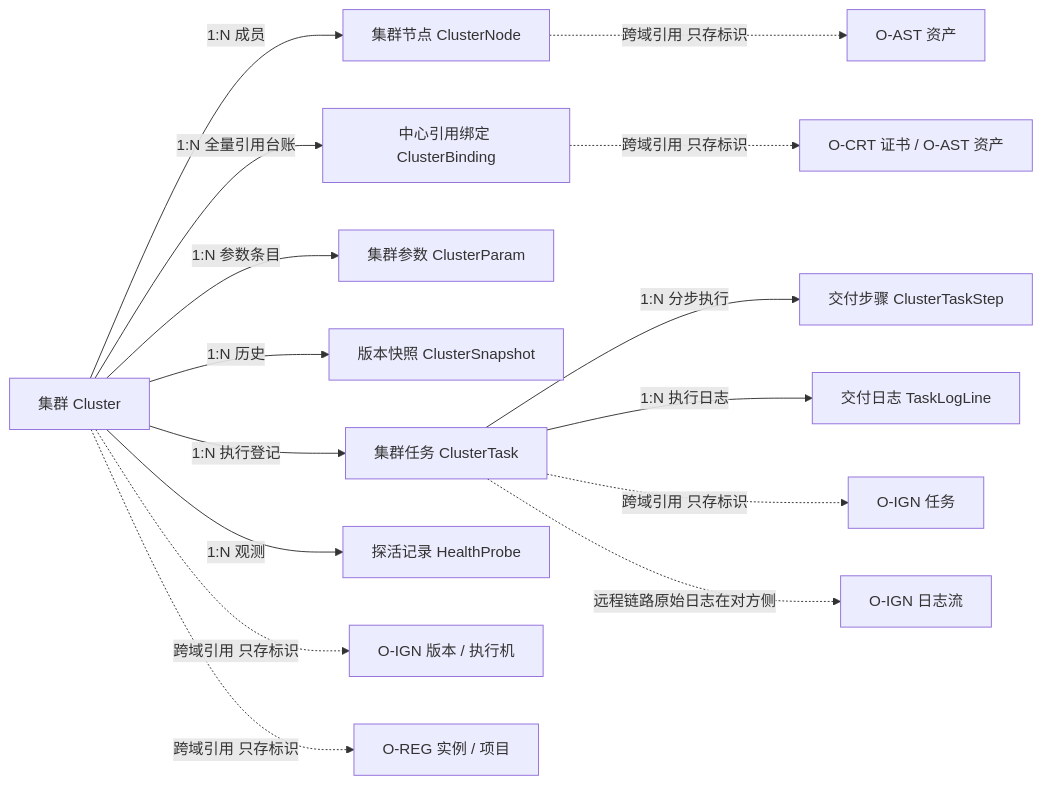
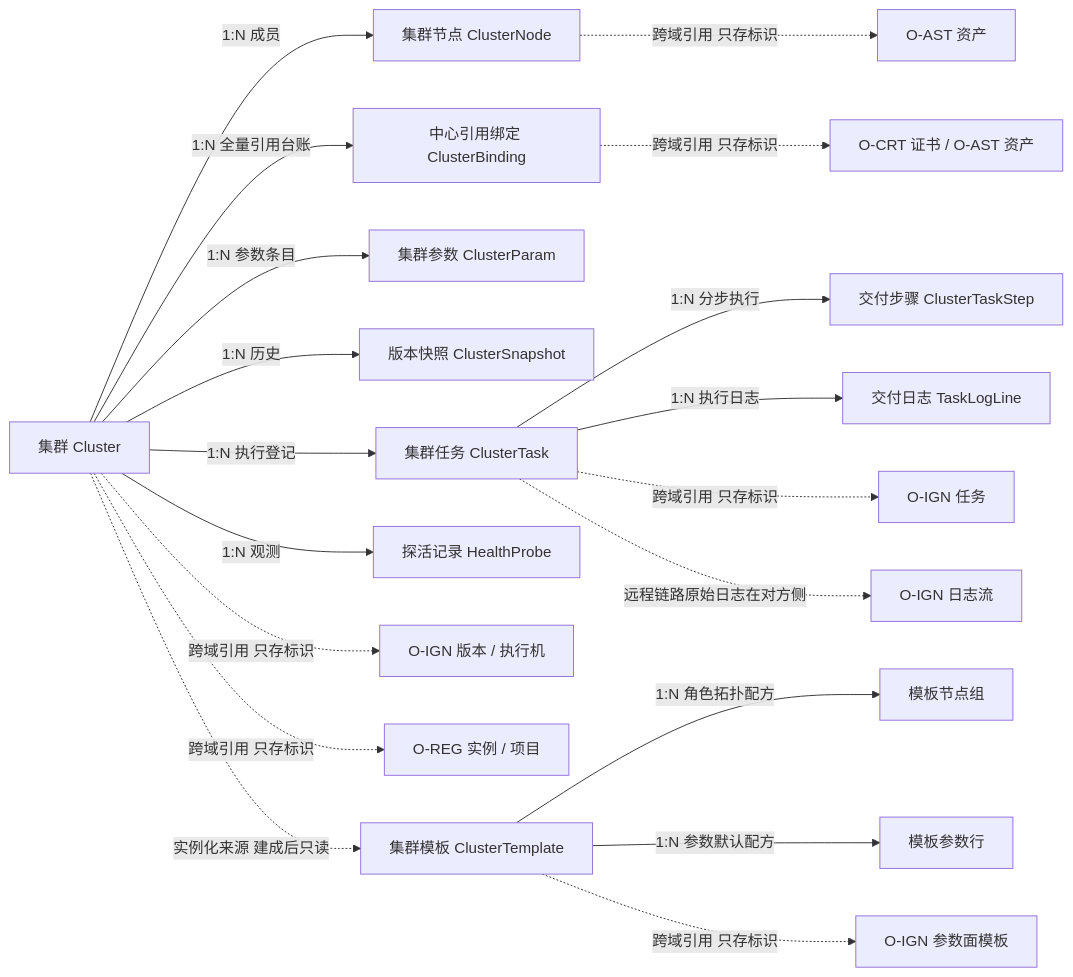
The first of 10 diagrams in design/spec/需求规格说明书-OPIC-集群域.md (Project-Opic/opic-clc), drawn with Mermaid before and after one commit. The commit also changed other lines of this file and 5 other files, not shown here.

````diff
--- a/design/spec/需求规格说明书-OPIC-集群域.md
+++ b/design/spec/需求规格说明书-OPIC-集群域.md
@@ -489,17 +557,21 @@
 ```mermaid
 flowchart LR
     C["集群 Cluster"] -->|1:N 成员| N["集群节点 ClusterNode"]
     C -->|1:N 全量引用台账| B["中心引用绑定 ClusterBinding"]
     C -->|1:N 参数条目| P["集群参数 ClusterParam"]
     C -->|1:N 历史| S["版本快照 ClusterSnapshot"]
     C -->|1:N 执行登记| T["集群任务 ClusterTask"]
     C -->|1:N 观测| H["探活记录 HealthProbe"]
     T -->|1:N 分步执行| ST["交付步骤 ClusterTaskStep"]
     T -->|1:N 执行日志| LG["交付日志 TaskLogLine"]
     C -.->|跨域引用 只存标识| X1["O-IGN 版本 / 执行机"]
     C -.->|跨域引用 只存标识| X2["O-REG 实例 / 项目"]
     B -.->|跨域引用 只存标识| X3["O-CRT 证书 / O-AST 资产"]
     N -.->|跨域引用 只存标识| X4["O-AST 资产"]
     T -.->|跨域引用 只存标识| X5["O-IGN 任务"]
     T -.->|远程链路原始日志在对方侧| X6["O-IGN 日志流"]
+    TM["集群模板 ClusterTemplate"] -->|1:N 角色拓扑配方| TG["模板节点组"]
+    TM -->|1:N 参数默认配方| TP["模板参数行"]
+    TM -.->|跨域引用 只存标识| X7["O-IGN 参数面模板"]
+    C -.->|实例化来源 建成后只读| TM
 ```
````
